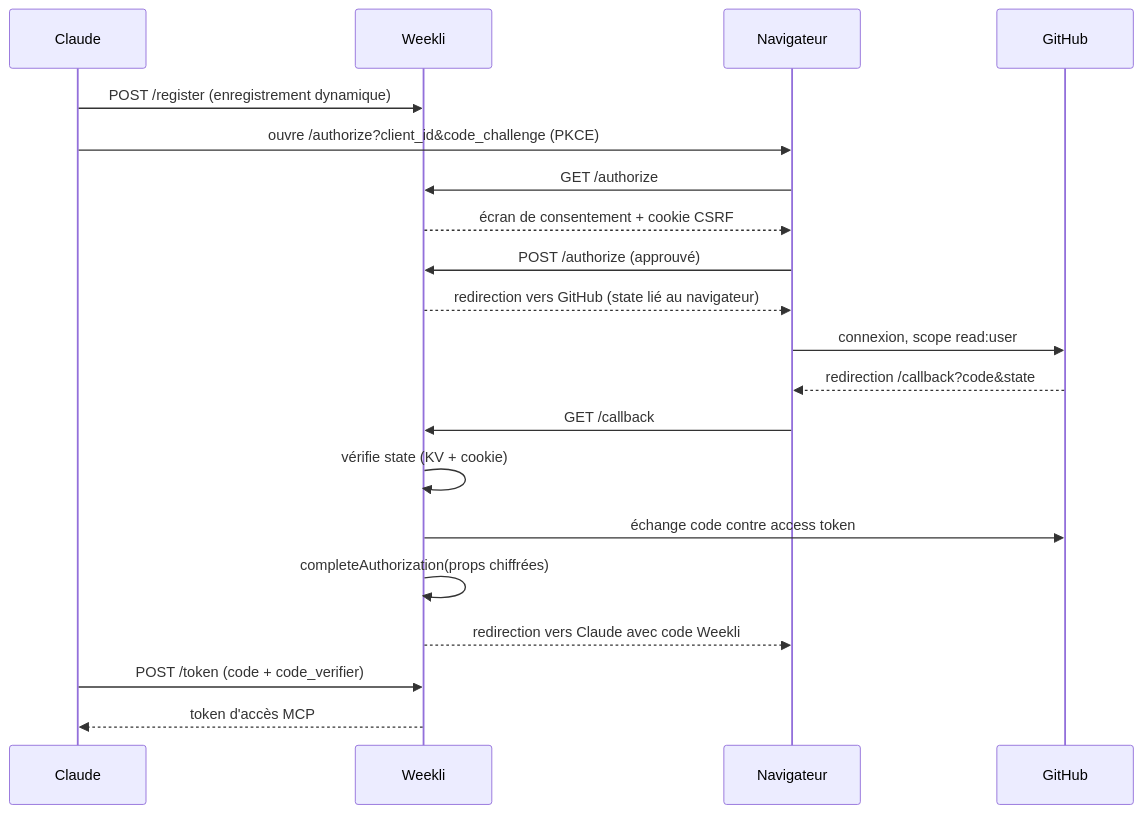
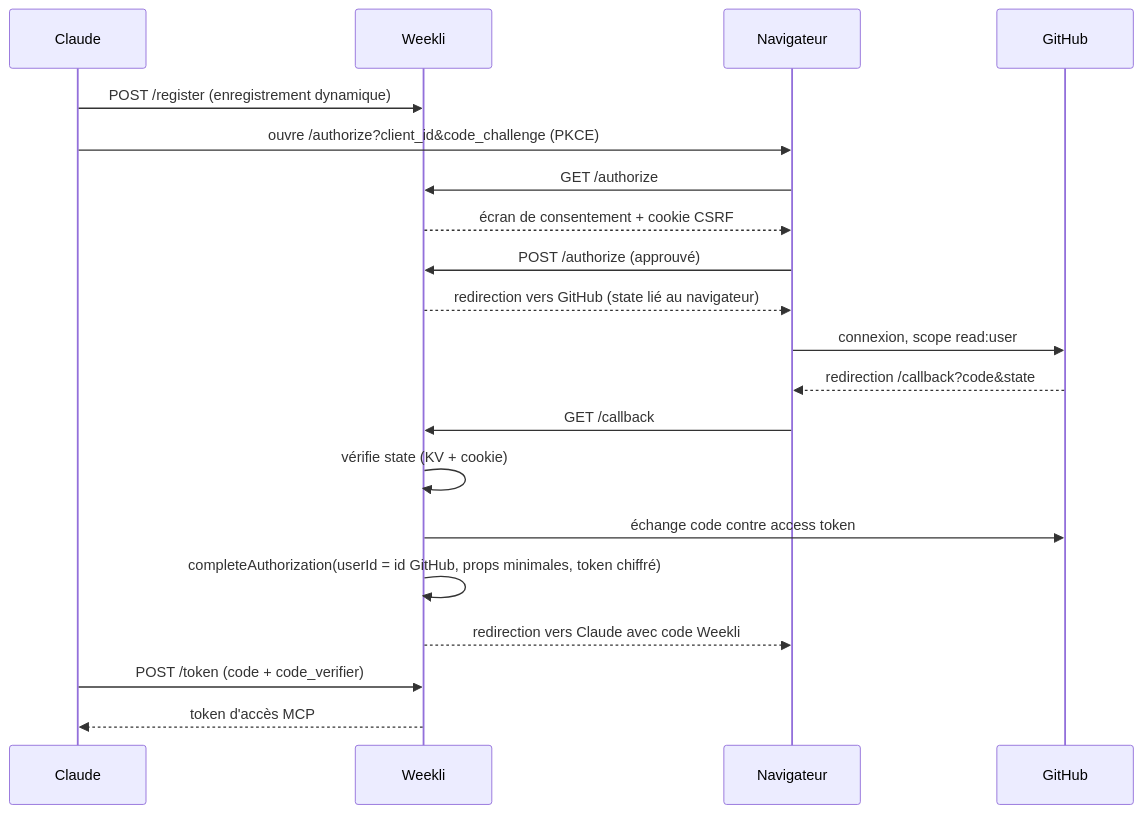
One commit to Souf-F/weekli changed the second of 8 diagrams in docs/architecture.md. Above: the diagram before and after it, drawn with Mermaid. The commit also changed other lines of this file and 288 other files, not shown here.

````diff
--- a/docs/architecture.md
+++ b/docs/architecture.md
@@ -36,23 +41,23 @@
 ```mermaid
 sequenceDiagram
     participant C as Claude
     participant P as Weekli
     participant U as Navigateur
     participant G as GitHub
 
     C->>P: POST /register (enregistrement dynamique)
     C->>U: ouvre /authorize?client_id&code_challenge (PKCE)
     U->>P: GET /authorize
     P-->>U: écran de consentement + cookie CSRF
     U->>P: POST /authorize (approuvé)
     P-->>U: redirection vers GitHub (state lié au navigateur)
     U->>G: connexion, scope read:user
     G-->>U: redirection /callback?code&state
     U->>P: GET /callback
     P->>P: vérifie state (KV + cookie)
     P->>G: échange code contre access token
-    P->>P: completeAuthorization(props chiffrées)
+    P->>P: completeAuthorization(userId = id GitHub, props minimales, token chiffré)
     P-->>U: redirection vers Claude avec code Weekli
     C->>P: POST /token (code + code_verifier)
     P-->>C: token d'accès MCP
 ```
````
